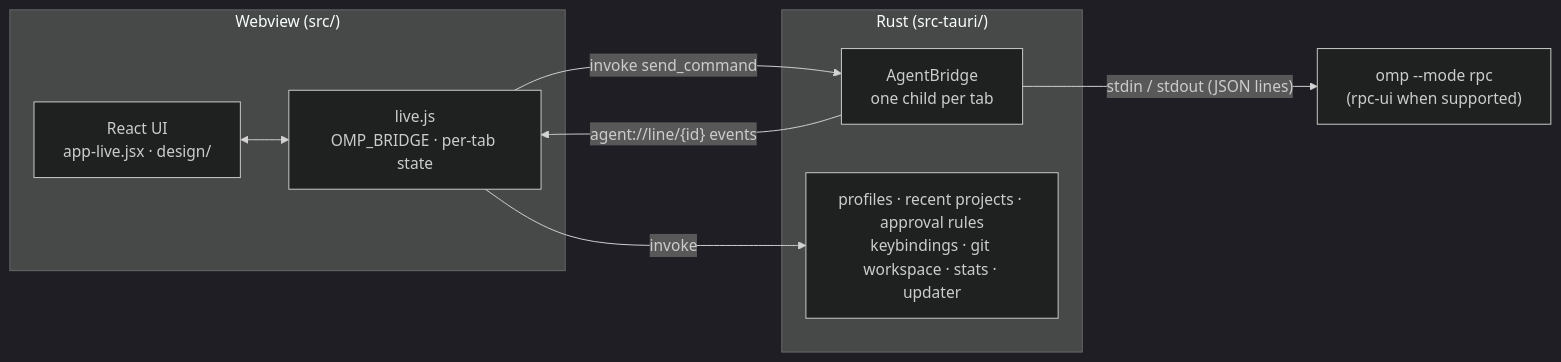
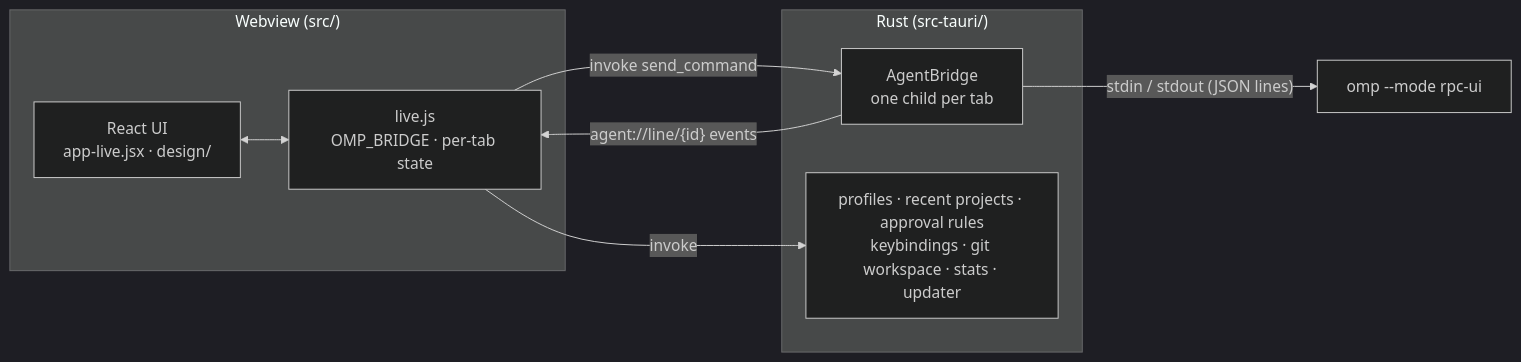
Before and after one commit to apoc/omp-desktop: the diagram in README.md, drawn with Mermaid (dark theme). The commit also changed other lines of this file and 4 other files, not shown here.

````diff
--- a/README.md
+++ b/README.md
@@ -160,14 +160,14 @@
 ```mermaid
 flowchart LR
   subgraph Webview["Webview (src/)"]
     UI["React UI<br/>app-live.jsx · design/"] <--> Bridge["live.js<br/>OMP_BRIDGE · per-tab state"]
   end
   subgraph Rust["Rust (src-tauri/)"]
     AB["AgentBridge<br/>one child per tab"]
     Svc["profiles · recent projects · approval rules<br/>keybindings · git workspace · stats · updater"]
   end
   Bridge -- "invoke send_command" --> AB
   AB -- "agent://line/{id} events" --> Bridge
   Bridge -- invoke --> Svc
-  AB -- "stdin / stdout (JSON lines)" --> OMP["omp --mode rpc<br/>(rpc-ui when supported)"]
+  AB -- "stdin / stdout (JSON lines)" --> OMP["omp --mode rpc-ui"]
 ```
````
